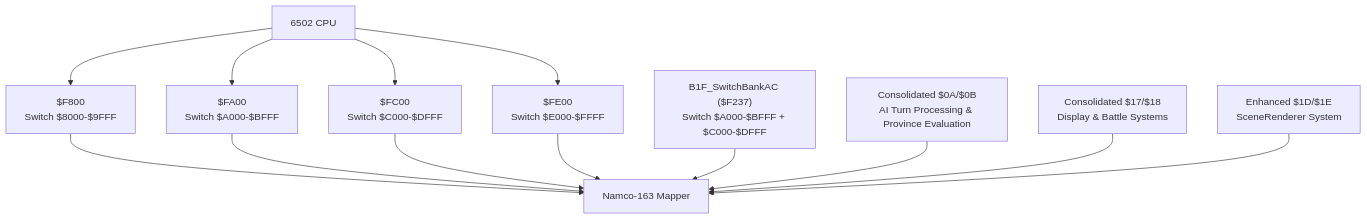
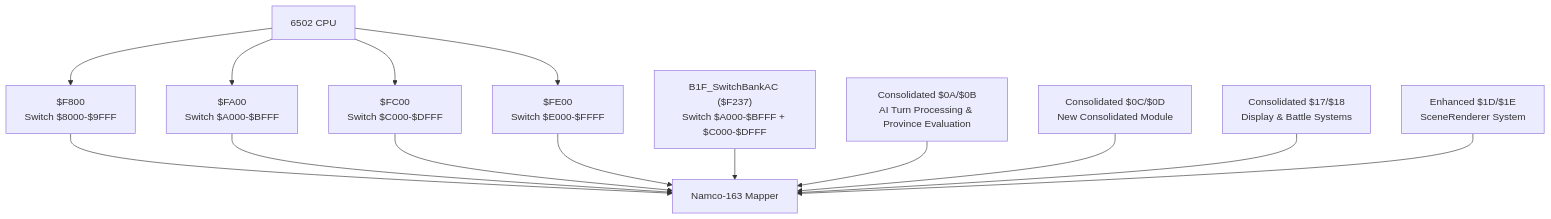
Before and after one commit to rabbyzero/sango2dasm: the second of 3 diagrams in .qoder/repowiki/en/content/Assembly Architecture/Bank Organization and Memory Layout.md, drawn with Mermaid. The commit also changed other lines of this file and 15 other files, not shown here.

````diff
--- a/.qoder/repowiki/en/content/Assembly Architecture/Bank Organization and Memory Layout.md
+++ b/.qoder/repowiki/en/content/Assembly Architecture/Bank Organization and Memory Layout.md
@@ -125,25 +129,27 @@
 ```mermaid
 graph TB
 CPU["6502 CPU"]
 MAPPER["Namco-163 Mapper"]
 REG8000["$F800<br/>Switch $8000-$9FFF"]
 REGA000["$FA00<br/>Switch $A000-$BFFF"]
 REGC000["$FC00<br/>Switch $C000-$DFFF"]
 REGE000["$FE00<br/>Switch $E000-$FFFF"]
 SWITCHAC["B1F_SwitchBankAC ($F237)<br/>Switch $A000-$BFFF + $C000-$DFFF"]
 SWITCH0A0B["Consolidated $0A/$0B<br/>AI Turn Processing & Province Evaluation"]
+SWITCH0C0D["Consolidated $0C/$0D<br/>New Consolidated Module"]
 SWITCH1718["Consolidated $17/$18<br/>Display & Battle Systems"]
 SWITCH1D1E["Enhanced $1D/$1E<br/>SceneRenderer System"]
 CPU --> REG8000
 CPU --> REGA000
 CPU --> REGC000
 CPU --> REGE000
 REG8000 --> MAPPER
 REGA000 --> MAPPER
 REGC000 --> MAPPER
 REGE000 --> MAPPER
 SWITCHAC --> MAPPER
 SWITCH0A0B --> MAPPER
+SWITCH0C0D --> MAPPER
 SWITCH1718 --> MAPPER
 SWITCH1D1E --> MAPPER
 ```
````
